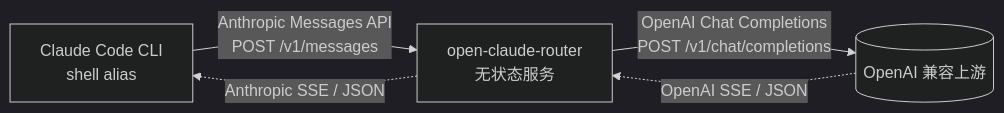
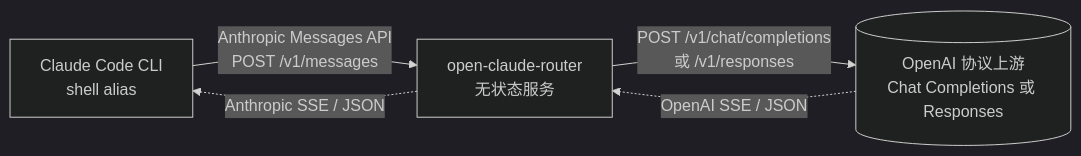
The diagram in README.md (riba2534/open-claude-router), drawn with Mermaid (dark theme) before and after one commit. The commit also changed other lines of this file and 1 other file, not shown here.

````diff
--- a/README.md
+++ b/README.md
@@ -37,11 +37,11 @@
 ```mermaid
 flowchart LR
     Client["Claude Code CLI<br/>shell alias"]
     Bridge["open-claude-router<br/>无状态服务"]
-    Upstream[("OpenAI 兼容上游")]
+    Upstream[("OpenAI 协议上游<br/>Chat Completions 或 Responses")]
 
     Client -- "Anthropic Messages API<br/>POST /v1/messages" --> Bridge
-    Bridge -- "OpenAI Chat Completions<br/>POST /v1/chat/completions" --> Upstream
+    Bridge -- "POST /v1/chat/completions<br/>或 /v1/responses" --> Upstream
     Upstream -. "OpenAI SSE / JSON" .-> Bridge
     Bridge -. "Anthropic SSE / JSON" .-> Client
 ```
````
